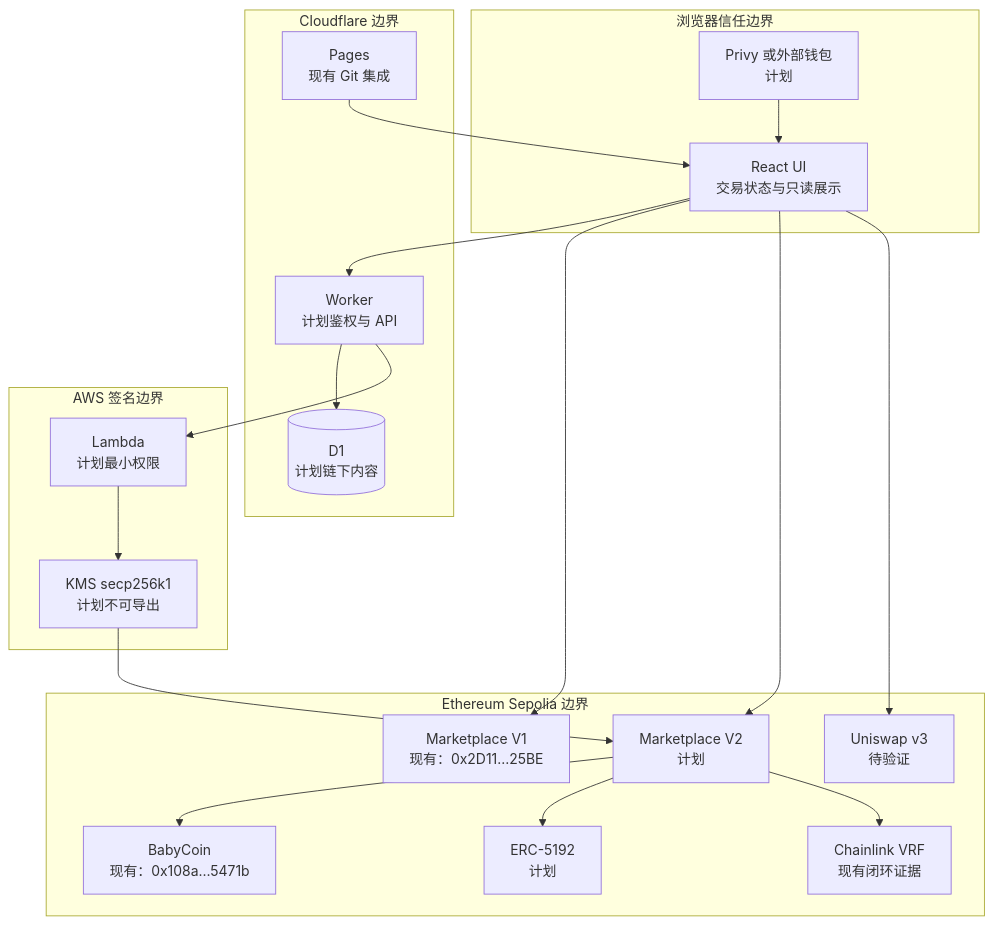
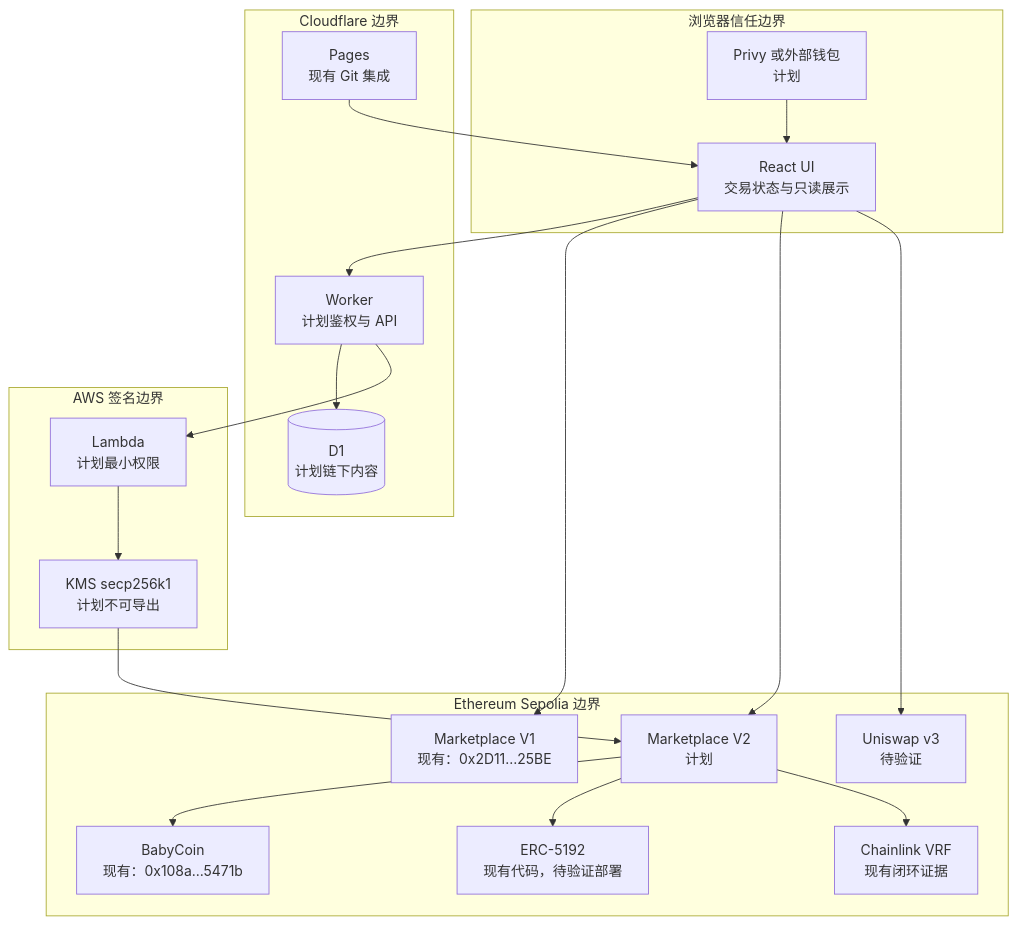
Before and after one commit to Tiancheng-Xu/babysteps: the second of 4 diagrams in docs/architecture/starbuddy-web3-architecture.mmd, drawn with Mermaid. The commit also changed other lines of this file and 5 other files, not shown here.

````diff
--- a/docs/architecture/starbuddy-web3-architecture.mmd
+++ b/docs/architecture/starbuddy-web3-architecture.mmd
@@ -33,35 +33,35 @@
 ```mermaid
 flowchart TB
     subgraph browser["浏览器信任边界"]
         ui["React UI<br/>交易状态与只读展示"]
         wallet["Privy 或外部钱包<br/>计划"]
     end
     subgraph cloudflare["Cloudflare 边界"]
         pages["Pages<br/>现有 Git 集成"]
         worker2["Worker<br/>计划鉴权与 API"]
         d12[("D1<br/>计划链下内容")]
     end
     subgraph ethereum["Ethereum Sepolia 边界"]
         baby["BabyCoin<br/>现有：0x108a…5471b"]
         oldMarket["Marketplace V1<br/>现有：0x2D11…25BE"]
         newMarket["Marketplace V2<br/>计划"]
-        cert["ERC-5192<br/>计划"]
+        cert["ERC-5192<br/>现有代码，待验证部署"]
         uni["Uniswap v3<br/>待验证"]
         chainlink["Chainlink VRF<br/>现有闭环证据"]
     end
     subgraph aws["AWS 签名边界"]
         relayer["Lambda<br/>计划最小权限"]
         key["KMS secp256k1<br/>计划不可导出"]
     end
 
     pages --> ui
     wallet --> ui
     ui --> worker2 --> d12
     ui --> oldMarket
     ui --> newMarket
     ui --> uni
     newMarket --> baby
     newMarket --> cert
     newMarket --> chainlink
     worker2 --> relayer --> key --> newMarket
 ```
````
